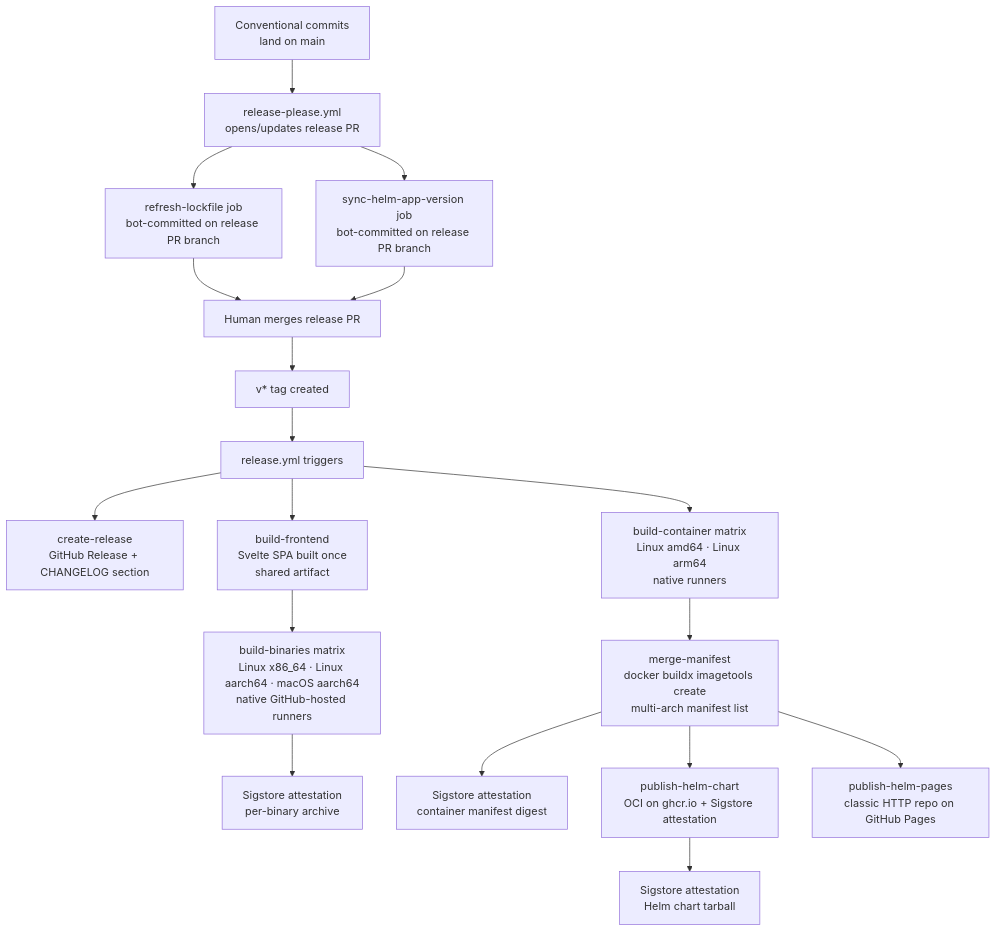
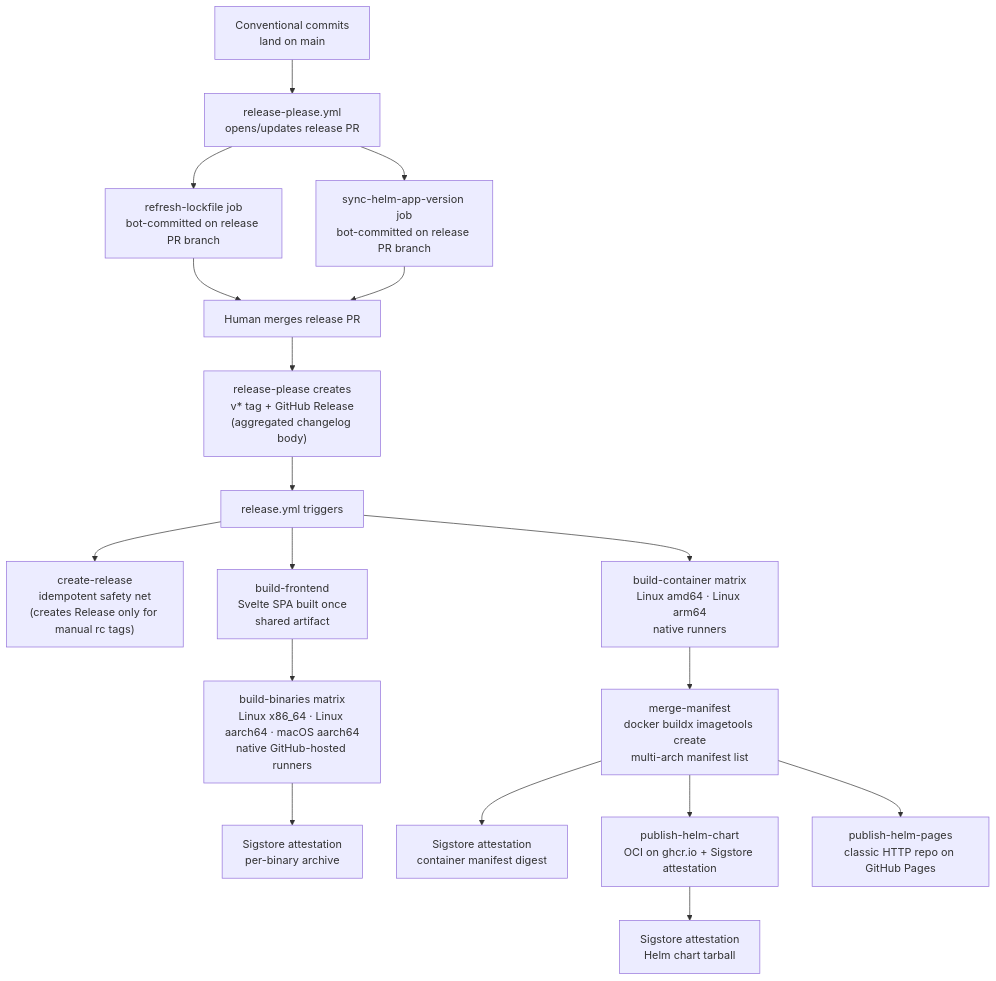
The diagram in docs/architecture/release-pipeline.md (bojanrajkovic/atc), drawn with Mermaid before and after one commit. The commit also changed other lines of this file and 4 other files, not shown here.

First line of the commit message:
ci(release): let release-please own v* tag and GitHub Release

````diff
--- a/docs/architecture/release-pipeline.md
+++ b/docs/architecture/release-pipeline.md
@@ -9,39 +9,39 @@
 ```mermaid
 flowchart TD
     commits["Conventional commits\nland on main"]
     rp["release-please.yml\nopens/updates release PR"]
     lockfile["refresh-lockfile job\nbot-committed on release PR branch"]
     appver["sync-helm-app-version job\nbot-committed on release PR branch"]
     merge["Human merges release PR"]
-    tag["v* tag created"]
+    tag["release-please creates\nv* tag + GitHub Release\n(aggregated changelog body)"]
     release["release.yml triggers"]
 
     frontend["build-frontend\nSvelte SPA built once\nshared artifact"]
     binaries["build-binaries matrix\nLinux x86_64 · Linux aarch64 · macOS aarch64\nnative GitHub-hosted runners"]
     containers["build-container matrix\nLinux amd64 · Linux arm64\nnative runners"]
     manifest["merge-manifest\ndocker buildx imagetools create\nmulti-arch manifest list"]
-    github_release["create-release\nGitHub Release + CHANGELOG section"]
+    github_release["create-release\nidempotent safety net\n(creates Release only for manual rc tags)"]
     helm_oci["publish-helm-chart\nOCI on ghcr.io + Sigstore attestation"]
     helm_pages["publish-helm-pages\nclassic HTTP repo on GitHub Pages"]
     attest_bin["Sigstore attestation\nper-binary archive"]
     attest_manifest["Sigstore attestation\ncontainer manifest digest"]
     attest_chart["Sigstore attestation\nHelm chart tarball"]
 
     commits --> rp
     rp --> lockfile
     rp --> appver
     lockfile --> merge
     appver --> merge
     merge --> tag
     tag --> release
     release --> github_release
     release --> frontend
     frontend --> binaries
     binaries --> attest_bin
     release --> containers
     containers --> manifest
     manifest --> attest_manifest
     manifest --> helm_oci
     manifest --> helm_pages
     helm_oci --> attest_chart
 ```
````
